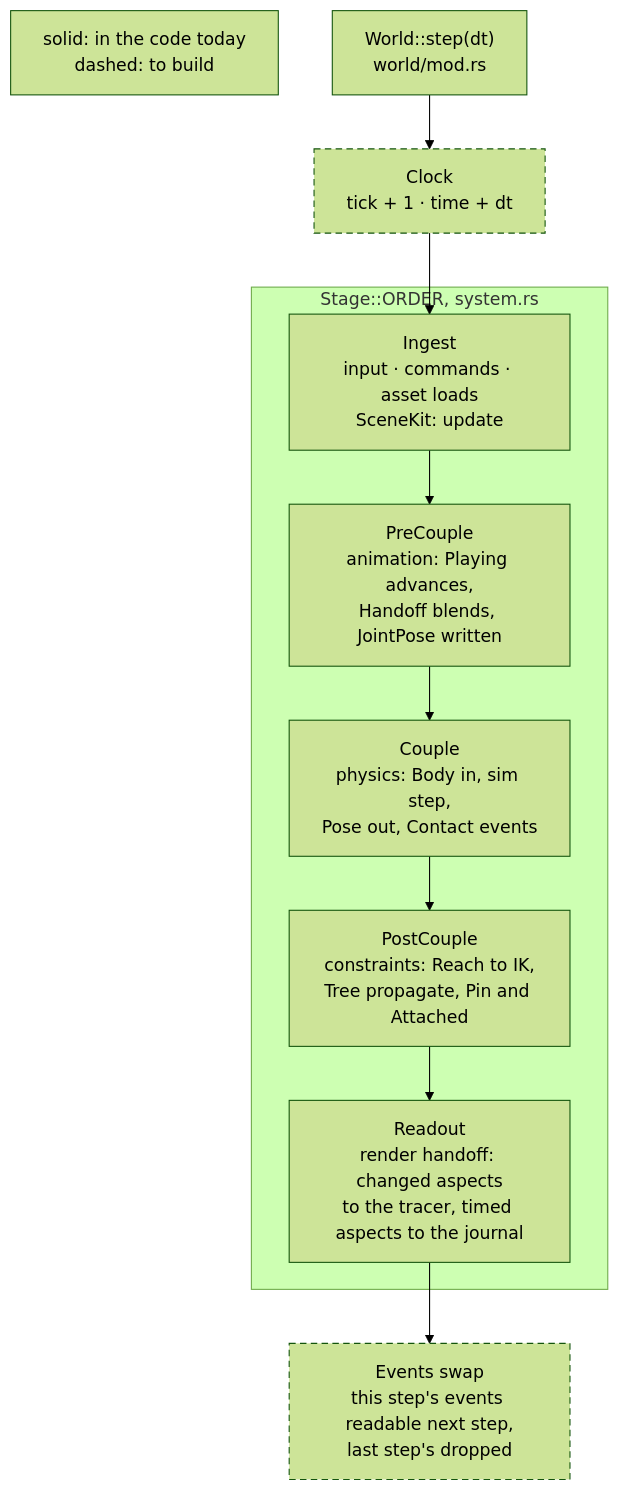
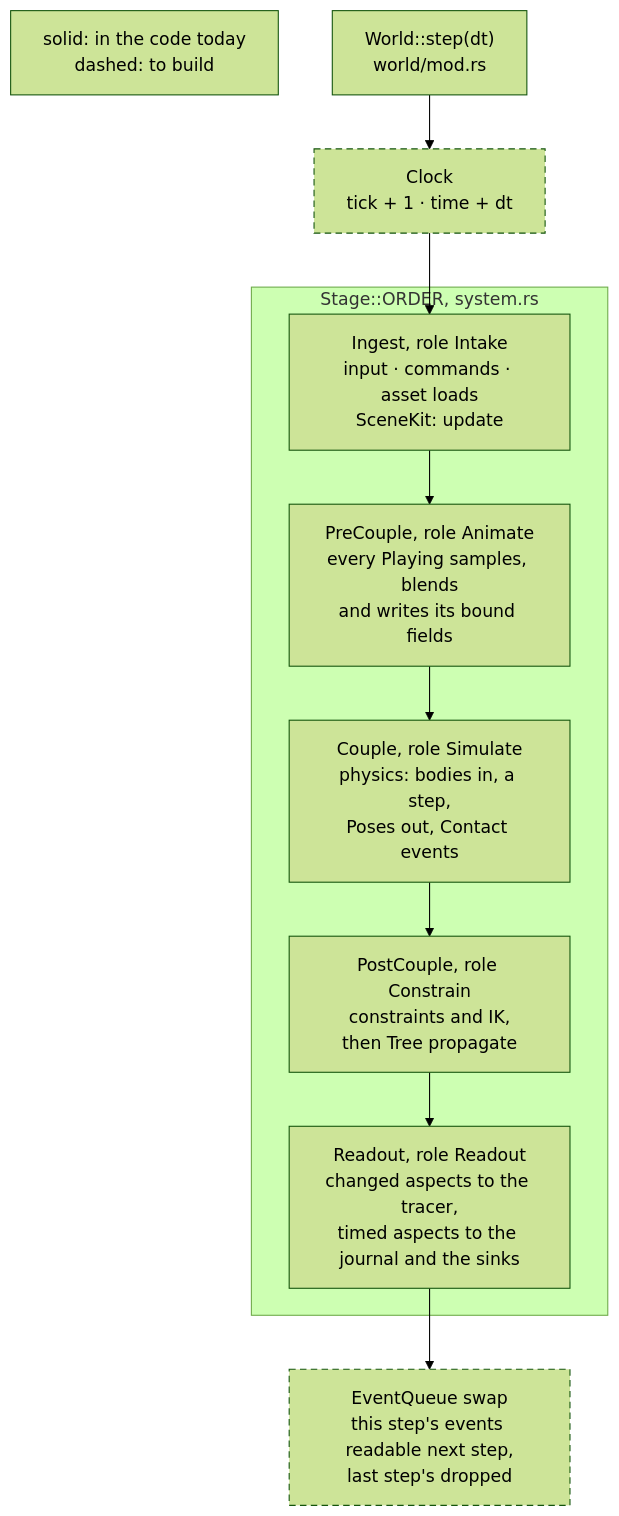
One commit to gemphi/phikit changed the first of 3 diagrams in crates/phicore/phiecs/docs/step.md. Above: the diagram before and after it, drawn with Mermaid (forest theme). The commit also changed other lines of this file and 21 other files, not shown here.

````diff
--- a/crates/phicore/phiecs/docs/step.md
+++ b/crates/phicore/phiecs/docs/step.md
@@ -3,17 +3,17 @@
 ```mermaid
 graph TB
     key["solid: in the code today<br/>dashed: to build"]
     s_step["World::step(dt)<br/>world/mod.rs"]
     s_clock["Clock<br/>tick + 1 · time + dt"]
     subgraph stages["Stage::ORDER, system.rs"]
-        s_ingest["Ingest<br/>input · commands · asset loads<br/>SceneKit: update"]
-        s_pre["PreCouple<br/>animation: Playing advances,<br/>Handoff blends, JointPose written"]
-        s_couple["Couple<br/>physics: Body in, sim step,<br/>Pose out, Contact events"]
-        s_post["PostCouple<br/>constraints: Reach to IK,<br/>Tree propagate, Pin and Attached"]
-        s_readout["Readout<br/>render handoff: changed aspects<br/>to the tracer, timed aspects to the journal"]
+        s_ingest["Ingest, role Intake<br/>input · commands · asset loads<br/>SceneKit: update"]
+        s_pre["PreCouple, role Animate<br/>every Playing samples, blends<br/>and writes its bound fields"]
+        s_couple["Couple, role Simulate<br/>physics: bodies in, a step,<br/>Poses out, Contact events"]
+        s_post["PostCouple, role Constrain<br/>constraints and IK,<br/>then Tree propagate"]
+        s_readout["Readout, role Readout<br/>changed aspects to the tracer,<br/>timed aspects to the journal and the sinks"]
     end
-    s_swap["Events swap<br/>this step's events readable next step,<br/>last step's dropped"]
+    s_swap["EventQueue swap<br/>this step's events readable next step,<br/>last step's dropped"]
     s_step --> s_clock --> s_ingest --> s_pre --> s_couple --> s_post --> s_readout --> s_swap
     classDef plan stroke-dasharray: 6 4;
     class s_clock,s_swap plan;
 ```
````
